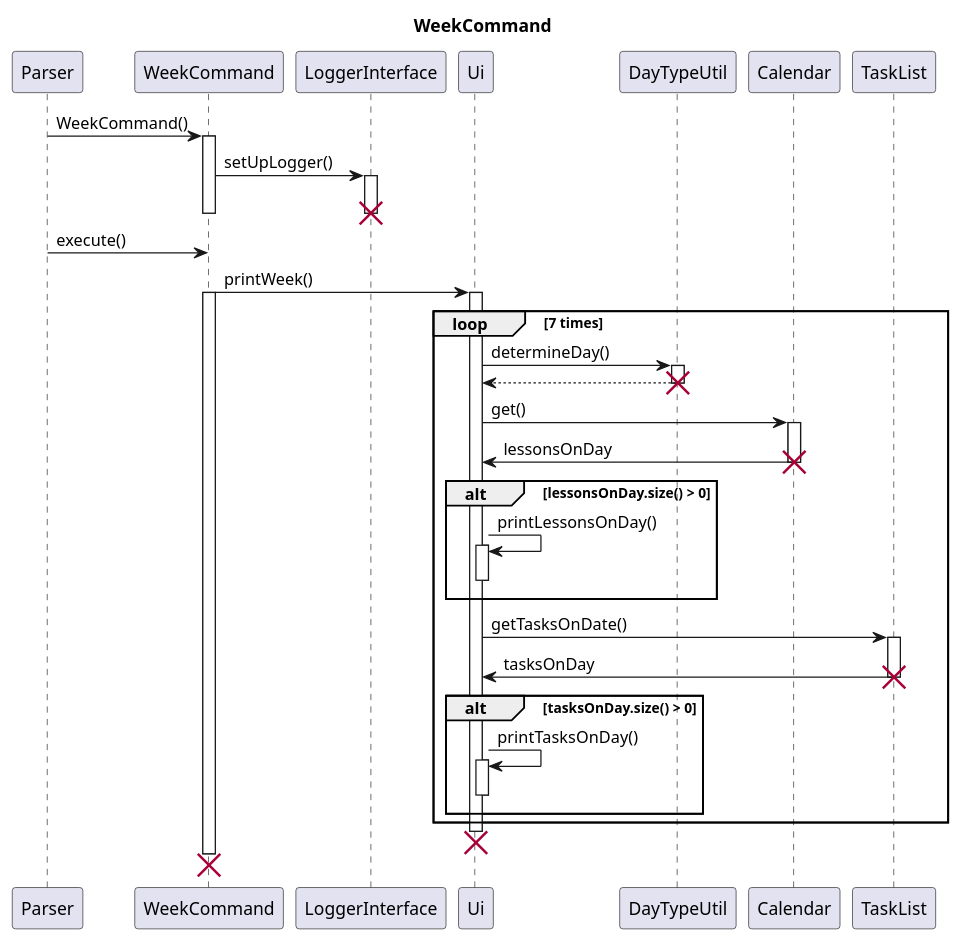
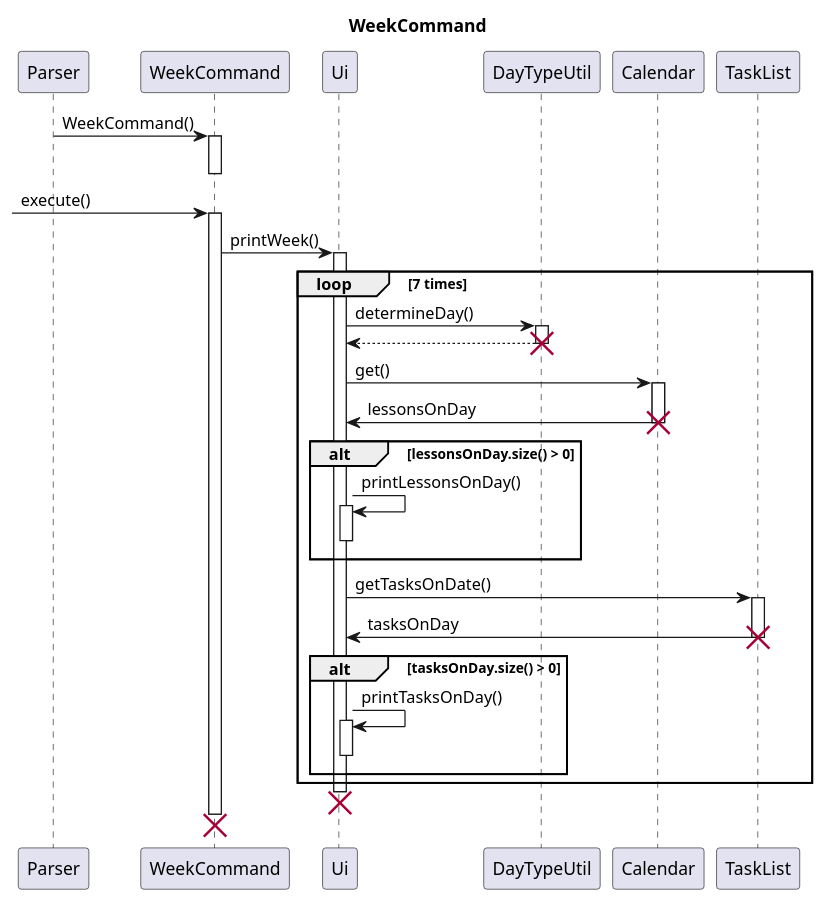
One commit to nus-cs2113-AY2223S2/tp changed the diagram in docs/uml-source/Week.puml. Above: the diagram before and after it, drawn with PlantUML. The commit also changed 1 other file, not shown here.

Commit message:
Remove logger from Sequence Diagram

```diff
--- a/docs/uml-source/Week.puml
+++ b/docs/uml-source/Week.puml
@@ -1,55 +1,49 @@
 @startuml
 'https://plantuml.com/sequence-diagram
 
 title WeekCommand
 
 participant Parser as Parser
 
 participant WeekCommand as week
 
 Parser -> week : WeekCommand()
 activate week
-week -> LoggerInterface : setUpLogger()
-
-activate LoggerInterface
-deactivate LoggerInterface
-destroy LoggerInterface
 deactivate week
 
-Parser -> week : execute()
+ -> week : execute()
+activate week
 
 week -> Ui : printWeek()
 activate Ui
-
-activate week
 
 loop 7 times
     Ui -> DayTypeUtil : determineDay()
     activate DayTypeUtil
     return
     destroy DayTypeUtil
 
     Ui -> Calendar : get()
     activate Calendar
     Calendar -> Ui : lessonsOnDay
     destroy Calendar
     alt lessonsOnDay.size() > 0
     Ui -> Ui : printLessonsOnDay()
     activate Ui
     deactivate Ui
     end
 
     Ui -> TaskList : getTasksOnDate()
     activate TaskList
     TaskList -> Ui : tasksOnDay
     destroy TaskList
     alt tasksOnDay.size() > 0
     Ui -> Ui : printTasksOnDay()
     activate Ui
     deactivate Ui
     end
 end
 destroy Ui
 destroy week
 
 @enduml
```
